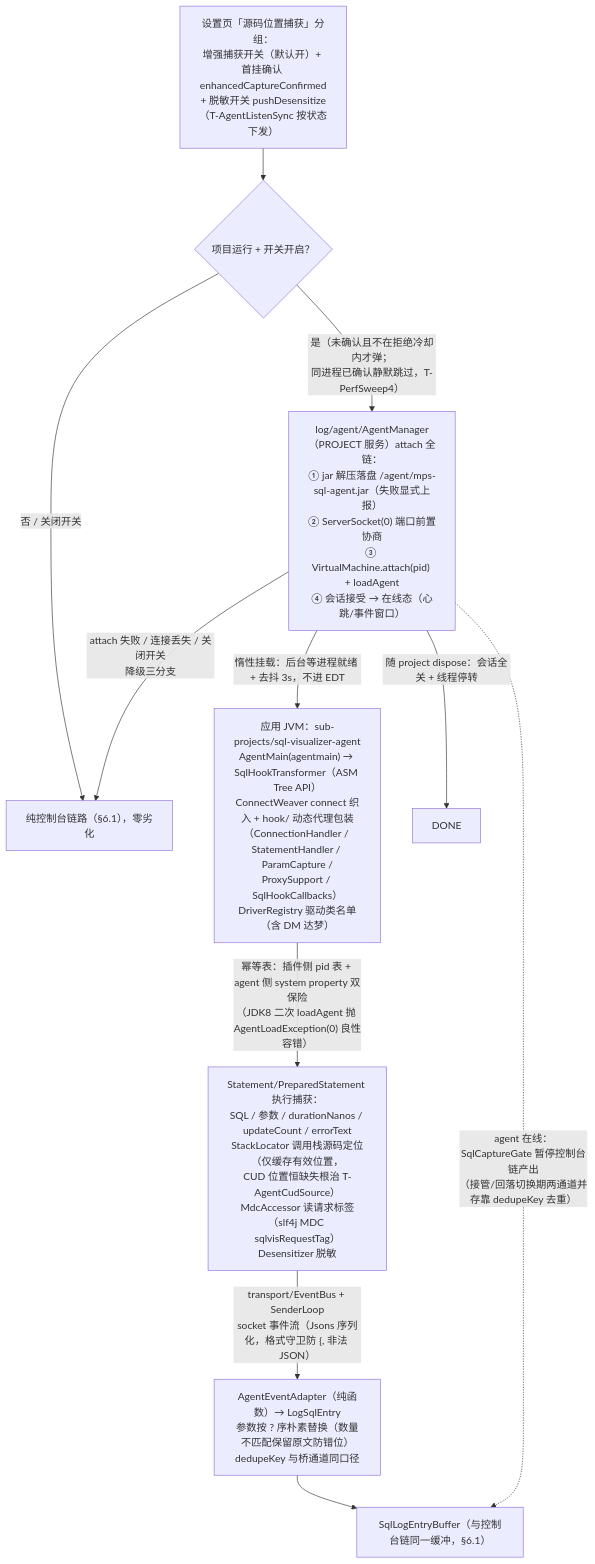
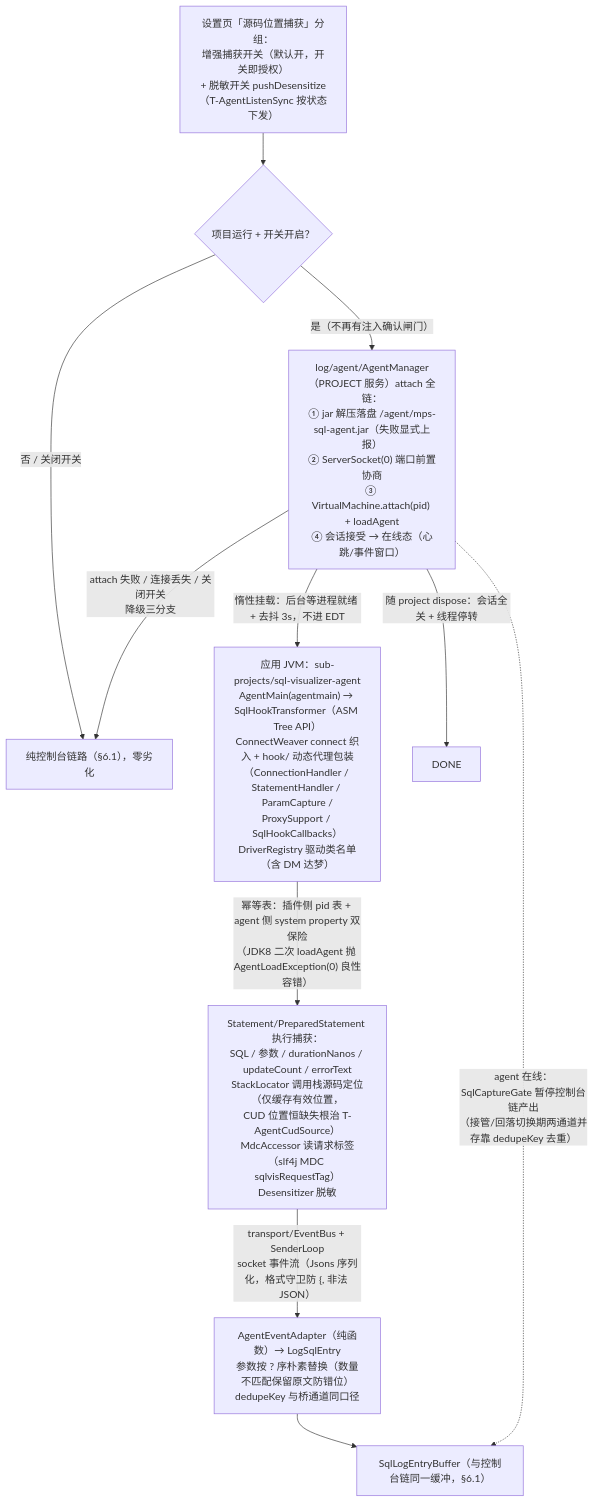
Before and after one commit to JayF211/mybatis-plus-sql-visualizer: diagram 13 of 17 in docs/架构设计/02-核心流程详解.md, drawn with Mermaid. The commit also changed other lines of this file and 42 other files, not shown here.

````diff
--- a/docs/架构设计/02-核心流程详解.md
+++ b/docs/架构设计/02-核心流程详解.md
@@ -546,13 +546,13 @@
 ```mermaid
 flowchart TD
-    SET["设置页「源码位置捕获」分组：<br/>增强捕获开关（默认开）+ 首挂确认 enhancedCaptureConfirmed<br/>+ 脱敏开关 pushDesensitize（T-AgentListenSync 按状态下发）"] --> TRIG{"项目运行 + 开关开启？"}
-    TRIG -->|"是（未确认且不在拒绝冷却内才弹；<br/>同进程已确认静默跳过，T-PerfSweep4）"| ATTACH["log/agent/AgentManager（PROJECT 服务）attach 全链：<br/>① jar 解压落盘 /agent/mps-sql-agent.jar（失败显式上报）<br/>② ServerSocket(0) 端口前置协商<br/>③ VirtualMachine.attach(pid) + loadAgent<br/>④ 会话接受 → 在线态（心跳/事件窗口）"]
+    SET["设置页「源码位置捕获」分组：<br/>增强捕获开关（默认开，开关即授权）<br/>+ 脱敏开关 pushDesensitize（T-AgentListenSync 按状态下发）"] --> TRIG{"项目运行 + 开关开启？"}
+    TRIG -->|"是（不再有注入确认闸门）"| ATTACH["log/agent/AgentManager（PROJECT 服务）attach 全链：<br/>① jar 解压落盘 /agent/mps-sql-agent.jar（失败显式上报）<br/>② ServerSocket(0) 端口前置协商<br/>③ VirtualMachine.attach(pid) + loadAgent<br/>④ 会话接受 → 在线态（心跳/事件窗口）"]
     TRIG -->|"否 / 关闭开关"| CONSOLE["纯控制台链路（§6.1），零劣化"]
     ATTACH -->|"惰性挂载：后台等进程就绪 + 去抖 3s，不进 EDT"| JVM["应用 JVM：sub-projects/sql-visualizer-agent<br/>AgentMain(agentmain) → SqlHookTransformer（ASM Tree API）<br/>ConnectWeaver connect 织入 + hook/ 动态代理包装<br/>（ConnectionHandler / StatementHandler / ParamCapture /<br/>ProxySupport / SqlHookCallbacks）<br/>DriverRegistry 驱动类名单（含 DM 达梦）"]
     JVM -->|"幂等表：插件侧 pid 表 + agent 侧 system property 双保险<br/>（JDK8 二次 loadAgent 抛 AgentLoadException(0) 良性容错）"| CAP2["Statement/PreparedStatement 执行捕获：<br/>SQL / 参数 / durationNanos / updateCount / errorText<br/>StackLocator 调用栈源码定位（仅缓存有效位置，<br/>CUD 位置恒缺失根治 T-AgentCudSource）<br/>MdcAccessor 读请求标签（slf4j MDC sqlvisRequestTag）<br/>Desensitizer 脱敏"]
     CAP2 -->|"transport/EventBus + SenderLoop<br/>socket 事件流（Jsons 序列化，格式守卫防 {, 非法 JSON）"| ADAPT["AgentEventAdapter（纯函数）→ LogSqlEntry<br/>参数按 ? 序朴素替换（数量不匹配保留原文防错位）<br/>dedupeKey 与桥通道同口径"]
     ADAPT --> BUF["SqlLogEntryBuffer（与控制台链同一缓冲，§6.1）"]
     ATTACH -.->|"agent 在线：SqlCaptureGate 暂停控制台链产出<br/>（接管/回落切换期两通道并存靠 dedupeKey 去重）"| BUF
     ATTACH -->|"attach 失败 / 连接丢失 / 关闭开关<br/>降级三分支"| CONSOLE
     ATTACH -->|"随 project dispose：会话全关 + 线程停转"| DONE
 ```
````
